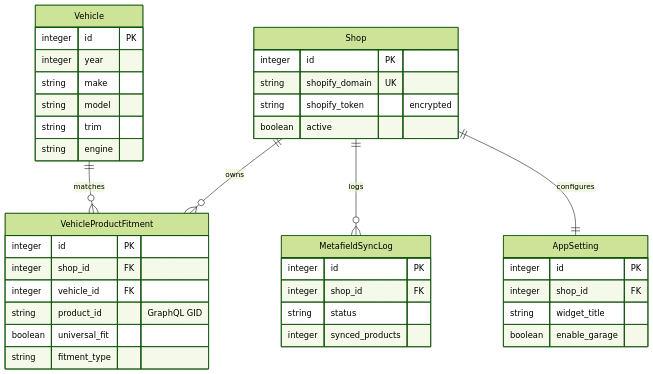
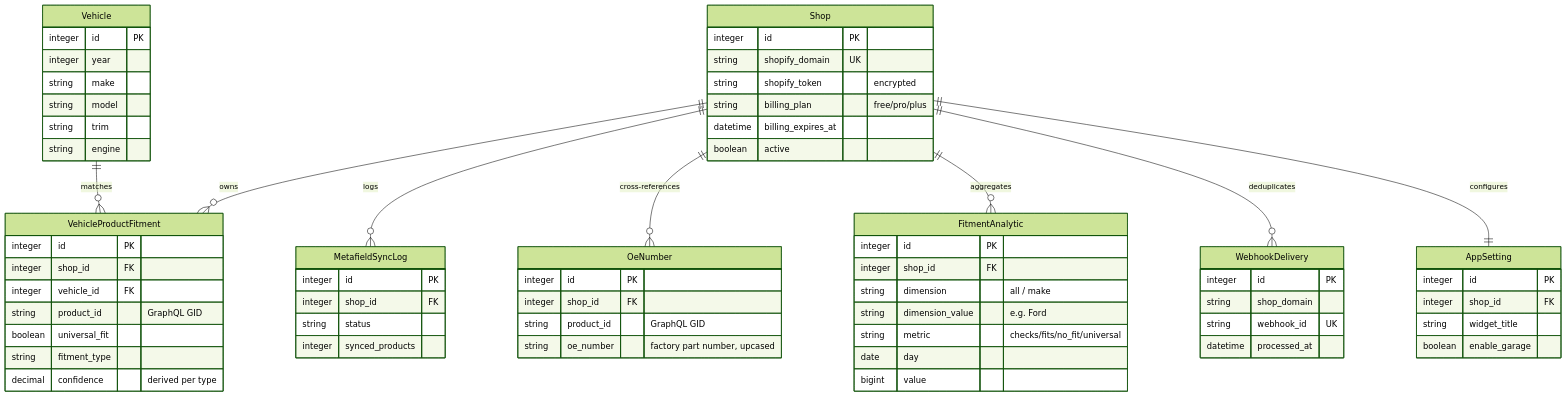
The second of 2 diagrams in docs/ARCHITECTURE.md (ai-dev-2024/vehicle-selector-pro), drawn with Mermaid (forest theme) before and after one commit. The commit also changed other lines of this file and 4 other files, not shown here.

````diff
--- a/docs/ARCHITECTURE.md
+++ b/docs/ARCHITECTURE.md
@@ -64,46 +64,76 @@
 ```mermaid
 erDiagram
     Shop ||--o{ VehicleProductFitment : "owns"
     Shop ||--o{ MetafieldSyncLog : "logs"
+    Shop ||--o{ OeNumber : "cross-references"
+    Shop ||--o{ FitmentAnalytic : "aggregates"
+    Shop ||--o{ WebhookDelivery : "deduplicates"
     Shop ||--|| AppSetting : "configures"
     Vehicle ||--o{ VehicleProductFitment : "matches"
 
     Shop {
         integer id PK
         string shopify_domain UK
         string shopify_token "encrypted"
+        string billing_plan "free/pro/plus"
+        datetime billing_expires_at
         boolean active
     }
 
     Vehicle {
         integer id PK
         integer year
         string make
         string model
         string trim
         string engine
     }
 
     VehicleProductFitment {
         integer id PK
         integer shop_id FK
         integer vehicle_id FK
         string product_id "GraphQL GID"
         boolean universal_fit
         string fitment_type
+        decimal confidence "derived per type"
+    }
+
+    OeNumber {
+        integer id PK
+        integer shop_id FK
+        string product_id "GraphQL GID"
+        string oe_number "factory part number, upcased"
+    }
+
+    FitmentAnalytic {
+        integer id PK
+        integer shop_id FK
+        string dimension "all / make"
+        string dimension_value "e.g. Ford"
+        string metric "checks/fits/no_fit/universal"
+        date day
+        bigint value
+    }
+
+    WebhookDelivery {
+        integer id PK
+        string shop_domain
+        string webhook_id UK
+        datetime processed_at
     }
 
     MetafieldSyncLog {
         integer id PK
         integer shop_id FK
         string status
         integer synced_products
     }
 
     AppSetting {
         integer id PK
         integer shop_id FK
         string widget_title
         boolean enable_garage
     }
 ```
````
